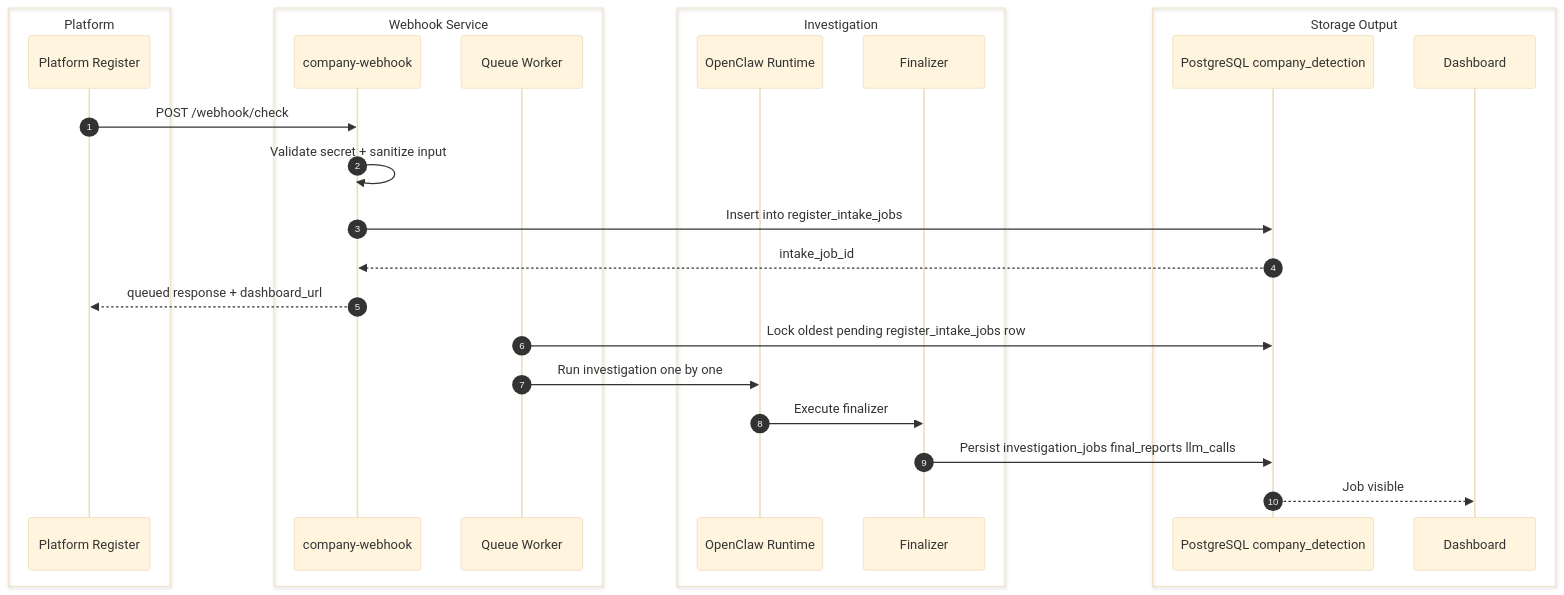
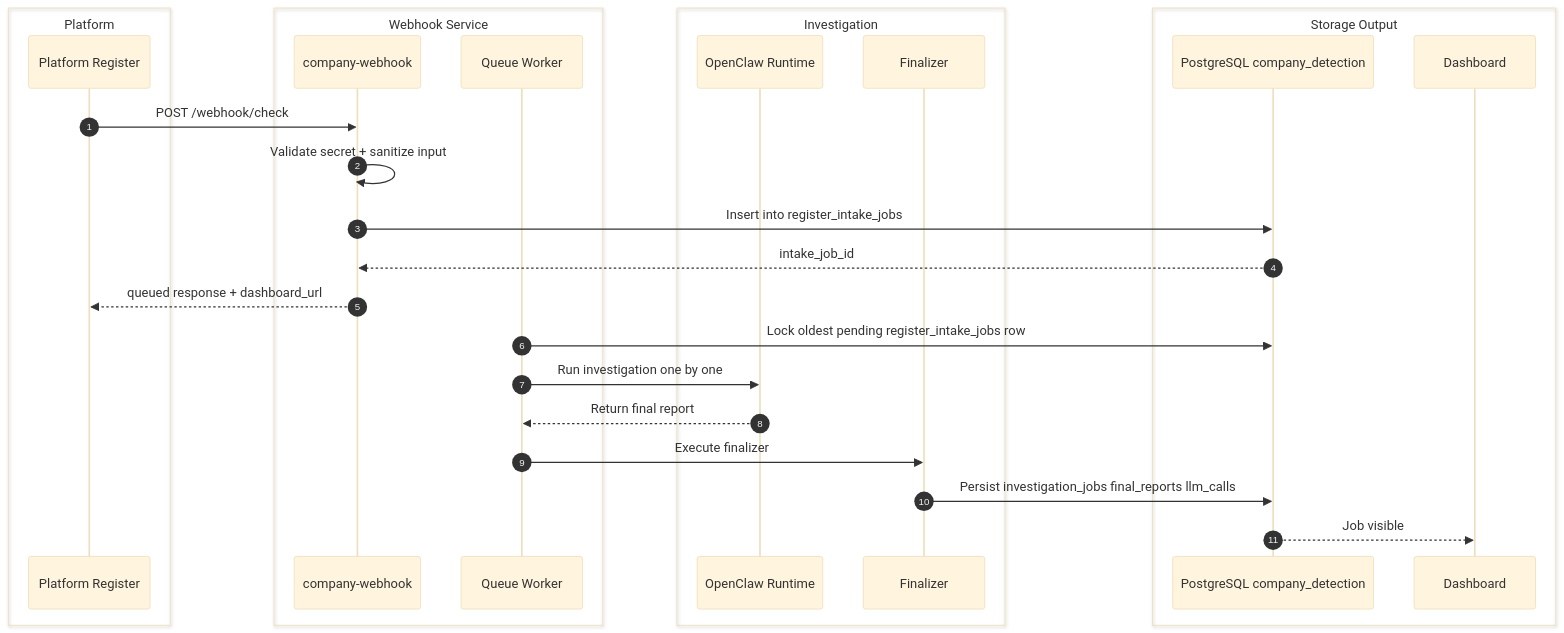
Before and after one commit to nunutech40/company-detector-bot: the seventh of 8 diagrams in docs/technical/FLOW_MAP.md, drawn with Mermaid (base theme). The commit also changed other lines of this file and 7 other files, not shown here.

Commit message:
Run webhook queue through OpenClaw agent

````diff
--- a/docs/technical/FLOW_MAP.md
+++ b/docs/technical/FLOW_MAP.md
@@ -446,33 +453,34 @@
 ```mermaid
 sequenceDiagram
   autonumber
   box Platform
     participant Platform as Platform Register
   end
 
   box Webhook Service
     participant Webhook as company-webhook
     participant Worker as Queue Worker
   end
 
   box Investigation
     participant OpenClaw as OpenClaw Runtime
     participant Finalizer as Finalizer
   end
 
   box Storage Output
     participant DB as PostgreSQL company_detection
     participant Dashboard as Dashboard
   end
 
   Platform->>Webhook: POST /webhook/check
   Webhook->>Webhook: Validate secret + sanitize input
   Webhook->>DB: Insert into register_intake_jobs
   DB-->>Webhook: intake_job_id
   Webhook-->>Platform: queued response + dashboard_url
   Worker->>DB: Lock oldest pending register_intake_jobs row
   Worker->>OpenClaw: Run investigation one by one
-  OpenClaw->>Finalizer: Execute finalizer
+  OpenClaw-->>Worker: Return final report
+  Worker->>Finalizer: Execute finalizer
   Finalizer->>DB: Persist investigation_jobs final_reports llm_calls
   DB-->>Dashboard: Job visible
 ```
````
